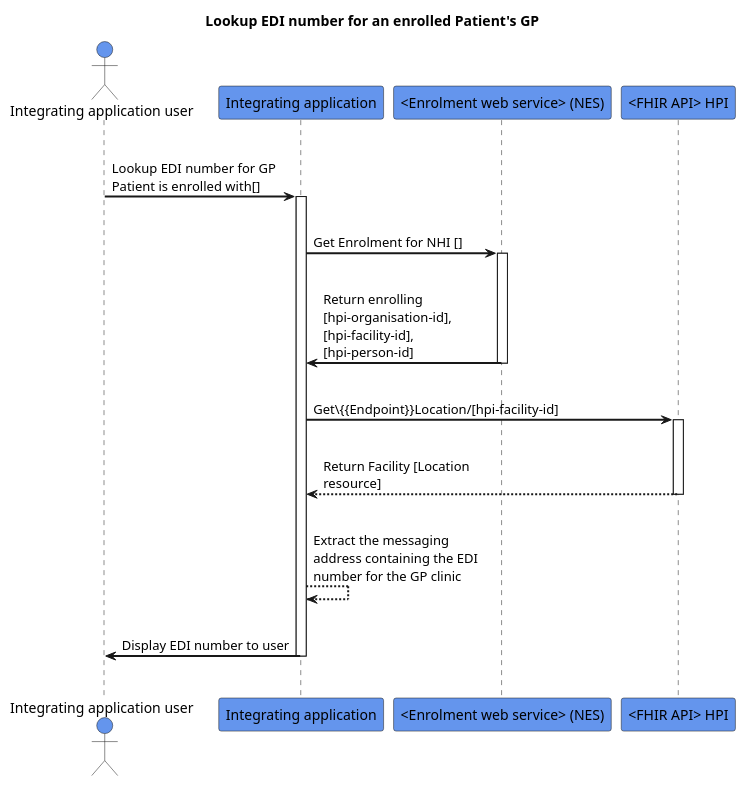
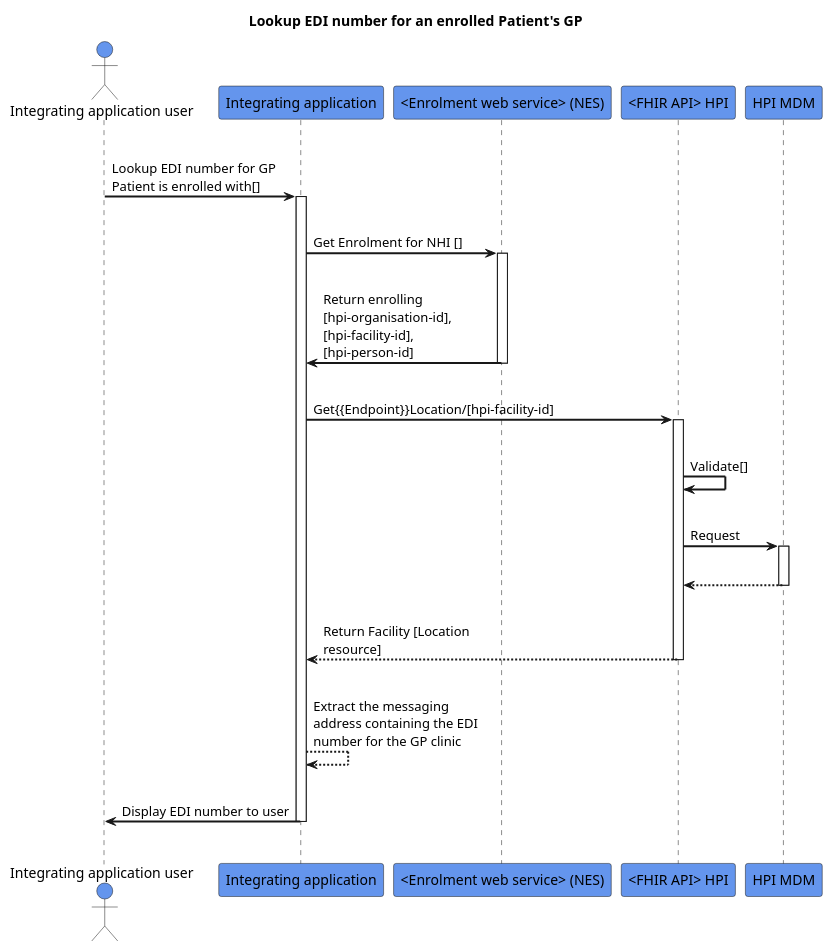
One commit to HL7NZ/hpi changed the diagram in input/images-source/lookout-edi-number.plantuml. Above: the diagram before and after it, drawn with PlantUML.

```diff
--- a/input/images-source/lookout-edi-number.plantuml
+++ b/input/images-source/lookout-edi-number.plantuml
@@ -1,32 +1,41 @@
 @startuml
 skinparam sequenceArrowThickness 2
 skinparam roundcorner 5
 skinparam maxmessagesize 180
 skinparam sequenceParticipant bold
 title Lookup EDI number for an enrolled Patient's GP
 actor "Integrating application user" as User #CornflowerBlue
 participant "Integrating application" as A #CornflowerBlue
 participant "<Enrolment web service> (NES)" as B #CornflowerBlue
 participant "<FHIR API> HPI" as C #CornflowerBlue
+participant "HPI MDM" as D #CornflowerBlue
 |||
 User -> A: Lookup EDI number for GP Patient is enrolled with[]
 activate A
 |||
 A -> B: Get Enrolment for NHI []
 activate B
 |||
 B -> A: Return enrolling [hpi-organisation-id], [hpi-facility-id], [hpi-person-id]
 deactivate B
 |||
-A -> C: Get\{{Endpoint}}Location/[hpi-facility-id]
+A -> C: Get{{Endpoint}}Location/[hpi-facility-id]
 activate C
+|||
+C -> C: Validate[]
+|||
+C -> D: Request
+activate D
+|||
+D -[dashed]-> C:  
+deactivate D
 |||
 C -[dashed]-> A:Return Facility [Location resource]
 deactivate C
 |||
 A -[dashed]-> A: Extract the messaging address containing the EDI number for the GP clinic
 |||
 A -> User: Display EDI number to user
 deactivate A
 |||
 @enduml
```
